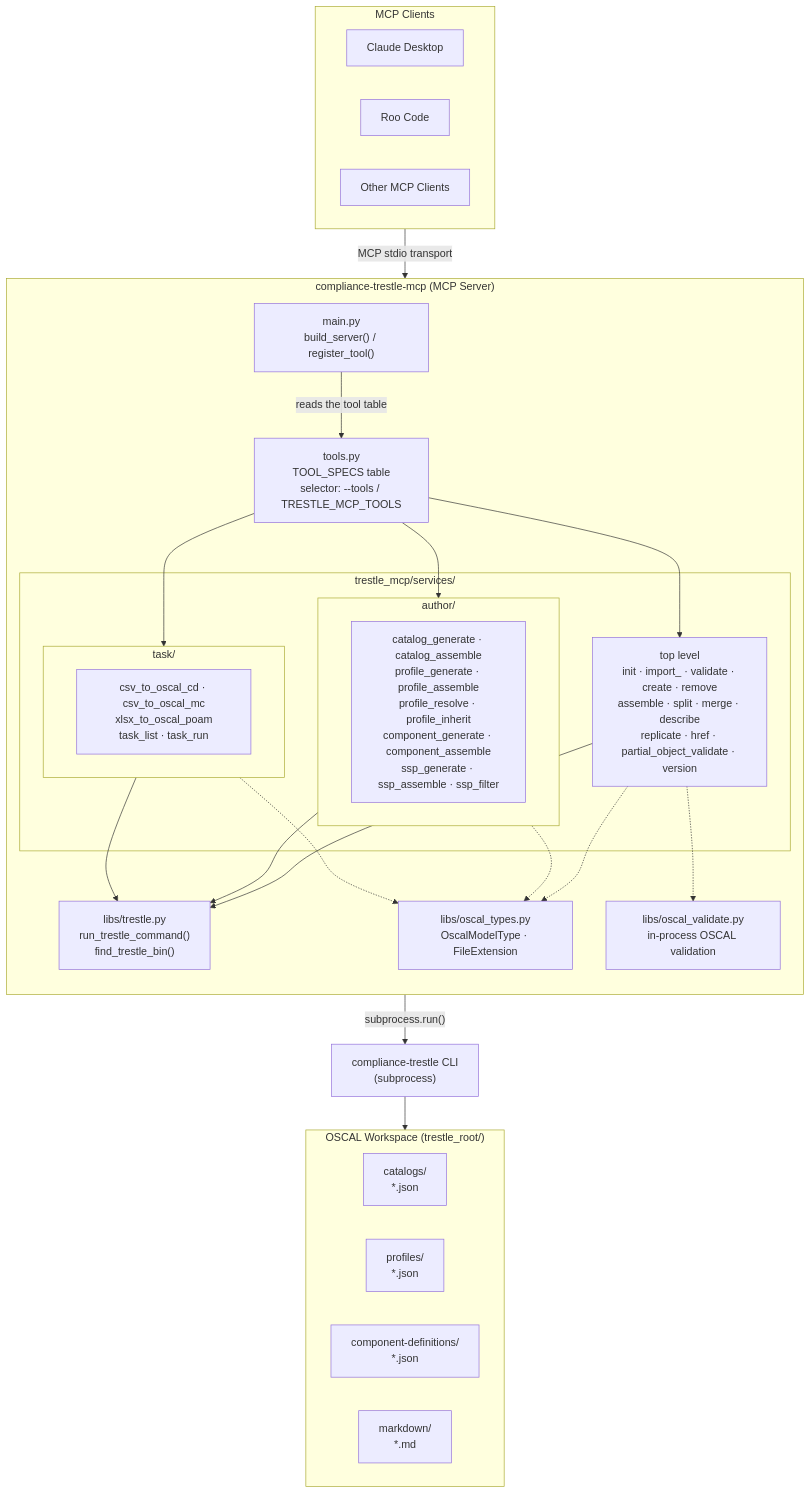
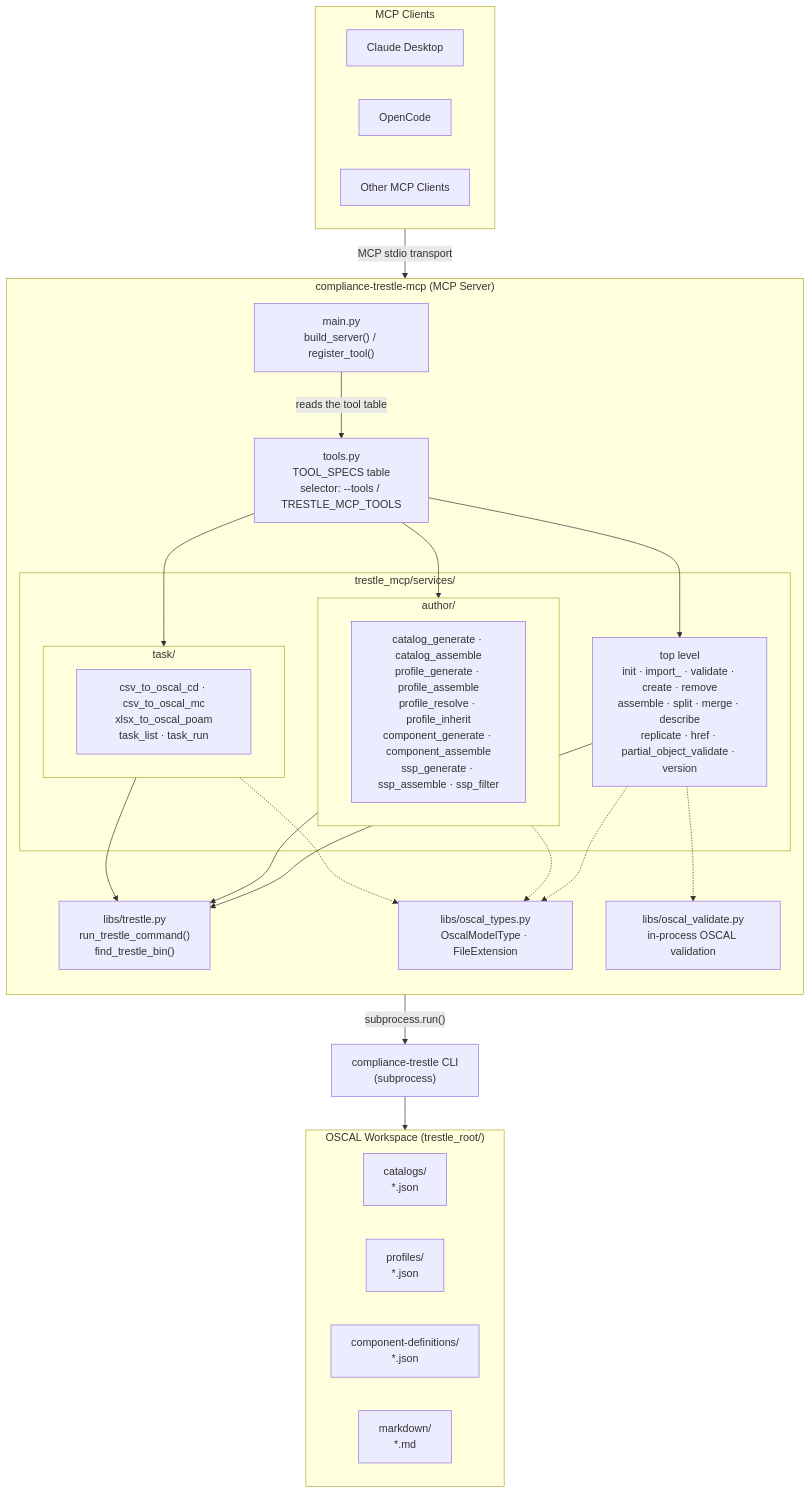
Before and after one commit to oscal-compass/compliance-trestle-mcp: the first of 4 diagrams in docs/architecture.md, drawn with Mermaid. The commit also changed other lines of this file and 3 other files, not shown here.

First line of the commit message:
docs: move the coding-agent walkthrough from Roo Code to OpenCode

````diff
--- a/docs/architecture.md
+++ b/docs/architecture.md
@@ -19,49 +19,49 @@
 ```mermaid
 graph TB
     subgraph Clients["MCP Clients"]
         C1[Claude Desktop]
-        C2[Roo Code]
+        C2[OpenCode]
         C3[Other MCP Clients]
     end
 
     subgraph Server["compliance-trestle-mcp (MCP Server)"]
         direction TB
         Main["main.py\nbuild_server() / register_tool()"]
         Tools["tools.py\nTOOL_SPECS table\nselector: --tools / TRESTLE_MCP_TOOLS"]
 
         subgraph Services["trestle_mcp/services/"]
             Core["top level\ninit · import_ · validate · create · remove\nassemble · split · merge · describe\nreplicate · href · partial_object_validate · version"]
 
             subgraph Author["author/"]
                 AuthorMods["catalog_generate · catalog_assemble\nprofile_generate · profile_assemble\nprofile_resolve · profile_inherit\ncomponent_generate · component_assemble\nssp_generate · ssp_assemble · ssp_filter"]
             end
 
             subgraph Task["task/"]
                 TaskMods["csv_to_oscal_cd · csv_to_oscal_mc\nxlsx_to_oscal_poam\ntask_list · task_run"]
             end
         end
 
         Lib["libs/trestle.py\nrun_trestle_command()\nfind_trestle_bin()"]
         Types["libs/oscal_types.py\nOscalModelType · FileExtension"]
         Validate["libs/oscal_validate.py\nin-process OSCAL validation"]
     end
 
     subgraph OSCAL["OSCAL Workspace (trestle_root/)"]
         direction LR
         Catalogs["catalogs/\n*.json"]
         Profiles["profiles/\n*.json"]
         CompDefs["component-definitions/\n*.json"]
         Markdown["markdown/\n*.md"]
     end
 
     TrestleCLI["compliance-trestle CLI\n(subprocess)"]
 
     Clients -- "MCP stdio transport" --> Main
     Main -- "reads the tool table" --> Tools
     Tools --> Core & Author & Task
     Core & Author & Task --> Lib
     Core & Author & Task -.-> Types
     Core -.-> Validate
     Lib -- "subprocess.run()" --> TrestleCLI
     TrestleCLI --> OSCAL
 ```
````
